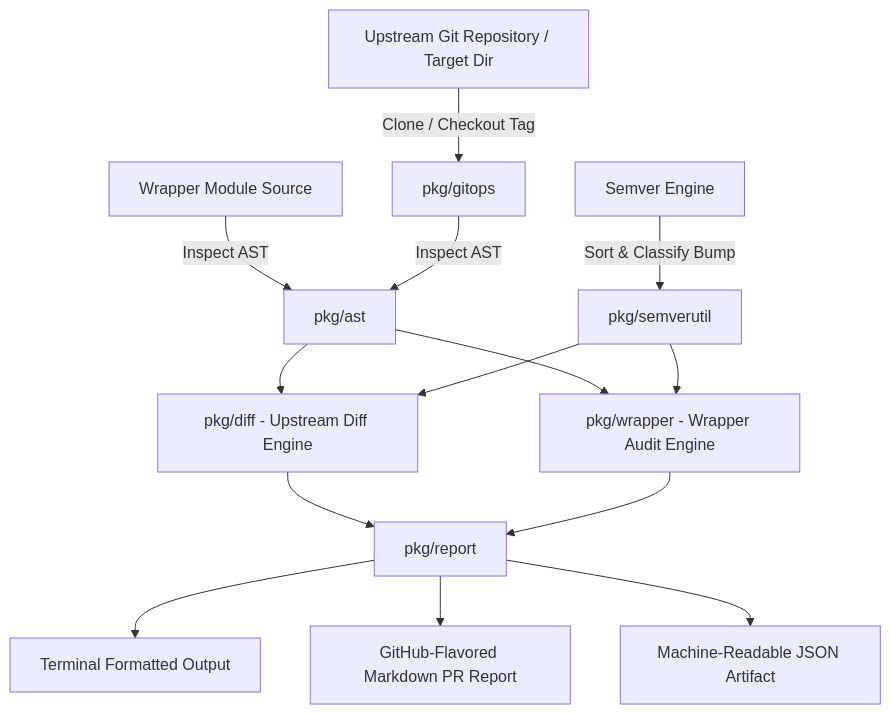
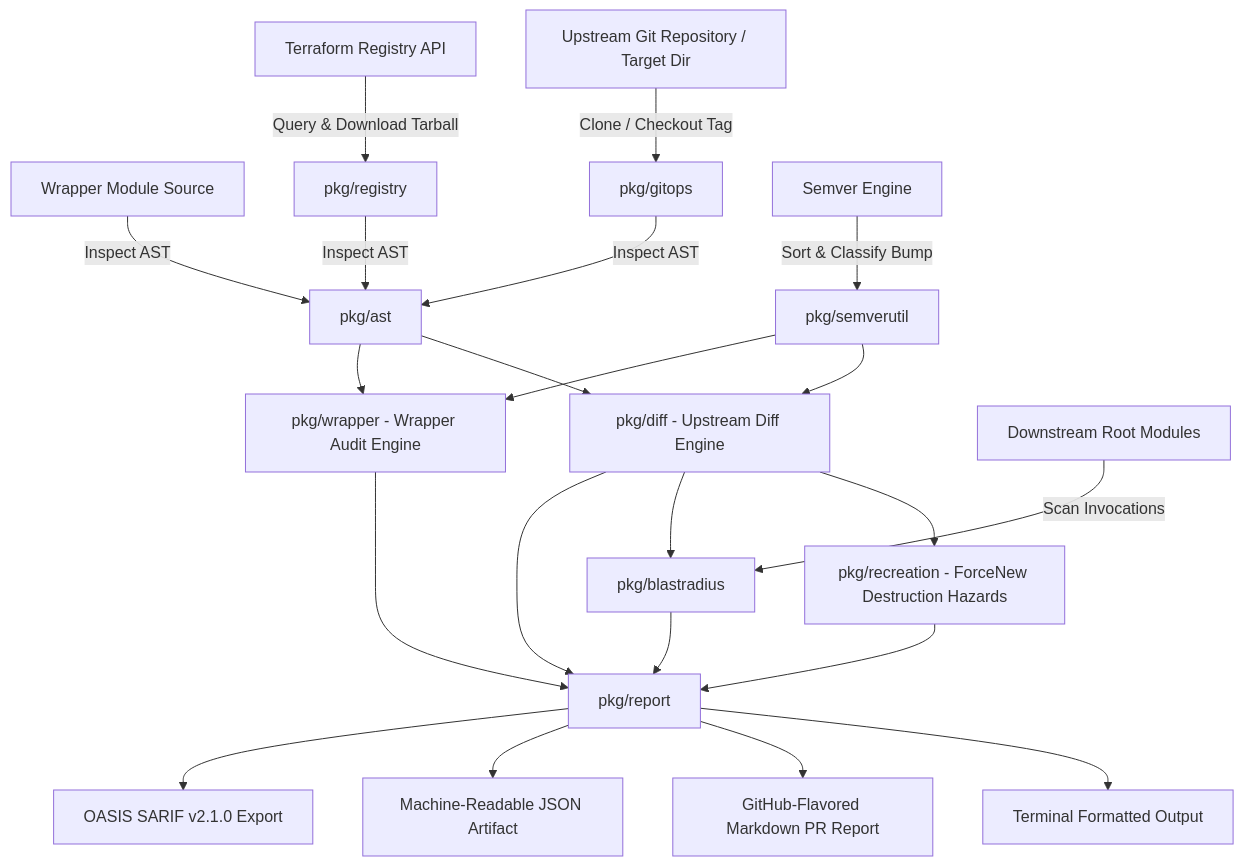
One commit to 23skdu/terraform_ast changed the diagram in docs/ARCHITECTURE.md. Above: the diagram before and after it, drawn with Mermaid. The commit also changed other lines of this file and 7 other files, not shown here.

````diff
--- a/docs/ARCHITECTURE.md
+++ b/docs/ARCHITECTURE.md
@@ -9,19 +9,28 @@
 ```mermaid
 graph TD
     A[Wrapper Module Source] -->|Inspect AST| B[pkg/ast]
     C[Upstream Git Repository / Target Dir] -->|Clone / Checkout Tag| D[pkg/gitops]
+    R[Terraform Registry API] -->|Query & Download Tarball| REG[pkg/registry]
     D -->|Inspect AST| B
+    REG -->|Inspect AST| B
     E[Semver Engine] -->|Sort & Classify Bump| F[pkg/semverutil]
     
     B --> G[pkg/diff - Upstream Diff Engine]
     B --> H[pkg/wrapper - Wrapper Audit Engine]
+    G --> REC[pkg/recreation - ForceNew Destruction Hazards]
     F --> G
     F --> H
     
+    CONSUMERS[Downstream Root Modules] -->|Scan Invocations| BR[pkg/blastradius]
+    G --> BR
+    
     G --> I[pkg/report]
     H --> I
+    REC --> I
+    BR --> I
     
     I --> J[Terminal Formatted Output]
     I --> K[GitHub-Flavored Markdown PR Report]
     I --> L[Machine-Readable JSON Artifact]
+    I --> SARIF[OASIS SARIF v2.1.0 Export]
 ```
````
